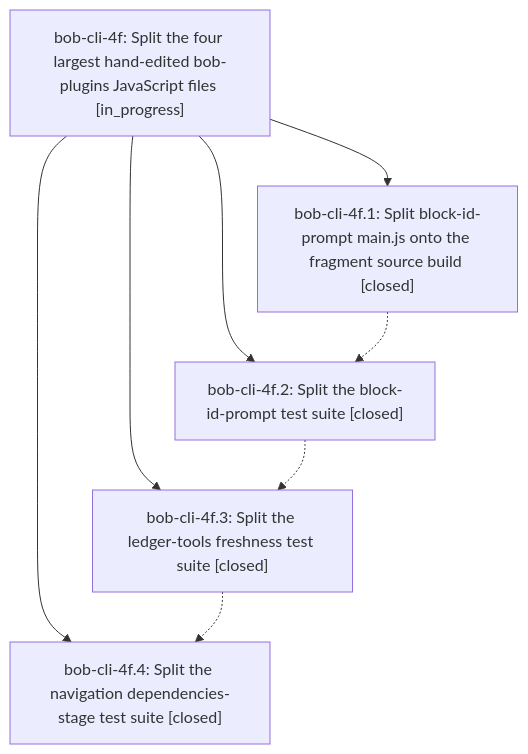
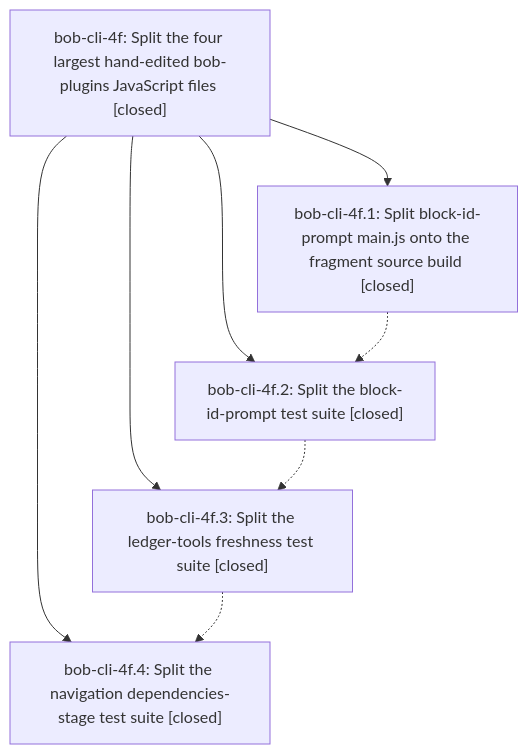
The diagram in pages/bob-cli-4f/README.md (bobs-org/bob-cli--beads), drawn with Mermaid before and after one commit. The commit also changed other lines of this file, not shown here.

First line of the commit message:
chore(beads): sync bead state and pages for bob-cli-4f

````diff
--- a/pages/bob-cli-4f/README.md
+++ b/pages/bob-cli-4f/README.md
@@ -25,15 +35,15 @@
 ```mermaid
 flowchart TD
-    n0["bob-cli-4f: Split the four largest hand-edited bob-plugins JavaScript files [in_progress]"]
+    n0["bob-cli-4f: Split the four largest hand-edited bob-plugins JavaScript files [closed]"]
     n1["bob-cli-4f.1: Split block-id-prompt main.js onto the fragment source build [closed]"]
     n2["bob-cli-4f.2: Split the block-id-prompt test suite [closed]"]
     n3["bob-cli-4f.3: Split the ledger-tools freshness test suite [closed]"]
     n4["bob-cli-4f.4: Split the navigation dependencies-stage test suite [closed]"]
     n0 --> n1
     n0 --> n2
     n0 --> n3
     n0 --> n4
     n1 -.-> n2
     n2 -.-> n3
     n3 -.-> n4
 ```
````
